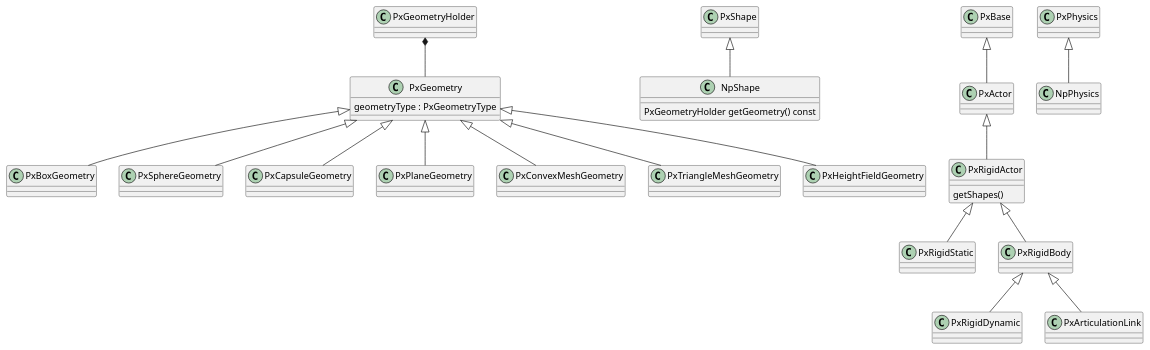
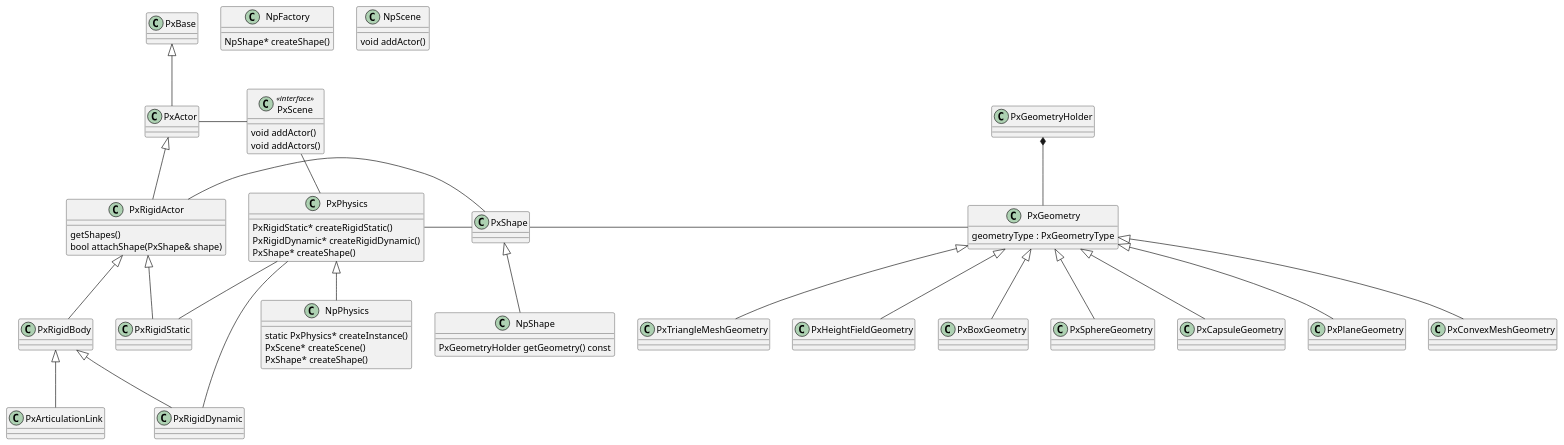
Before and after one commit to lazycozy/PhisicsDoc: the fourth of 4 diagrams in SnipetJoint.wsd, drawn with PlantUML.

Commit message:
Modify class diagram.

```diff
--- a/SnipetJoint.wsd
+++ b/SnipetJoint.wsd
@@ -103,30 +103,65 @@
 @startuml class diagram
 class PxGeometry {
     geometryType : PxGeometryType
 }
 class PxGeometryHolder {
 
 }
+class PxPhysics {
+	PxRigidStatic* createRigidStatic()
+	PxRigidDynamic* createRigidDynamic()
+	PxShape* createShape()
+}
+
 class NpShape {
     PxGeometryHolder getGeometry() const
 }
+
+class PxScene <<interface>> {
+	void addActor()
+	void addActors()
+}
+
+class NpFactory {
+	NpShape* createShape()
+}
+class NpScene {
+	void addActor()
+}
+class NpPhysics {
+	static PxPhysics* createInstance()
+	PxScene* createScene()
+	PxShape* createShape()
+
+}
+class PxRigidDynamic {
+
+}
 class PxRigidActor {
     getShapes()
+	bool attachShape(PxShape& shape)
 }
 PxBase<|--PxActor
 PxActor<|--PxRigidActor
+PxActor-PxScene
+PxScene-PxPhysics
 PxRigidActor<|--PxRigidStatic
 PxRigidActor<|--PxRigidBody
+PxRigidActor-PxShape
 PxRigidBody<|--PxRigidDynamic
 PxRigidBody<|--PxArticulationLink
 PxShape<|--NpShape
+PxShape-PxGeometry
 PxPhysics<|--NpPhysics
+PxPhysics-PxRigidStatic
+PxPhysics-PxRigidDynamic
+PxPhysics-PxShape
 PxGeometryHolder*--PxGeometry
 PxGeometry<|--PxBoxGeometry
 PxGeometry<|--PxSphereGeometry
 PxGeometry<|--PxCapsuleGeometry
 PxGeometry<|--PxPlaneGeometry
 PxGeometry<|--PxConvexMeshGeometry
 PxGeometry<|--PxTriangleMeshGeometry
 PxGeometry<|--PxHeightFieldGeometry
 @enduml
```
